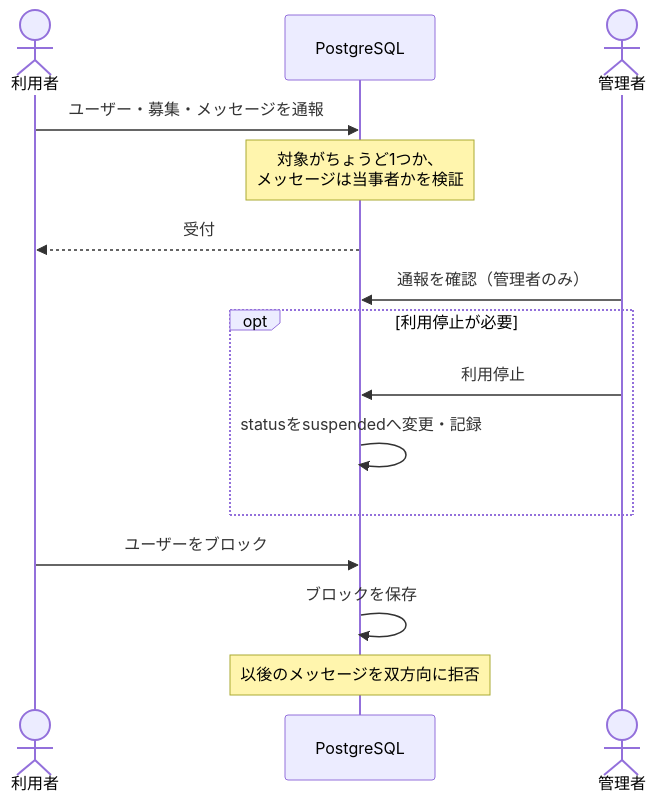
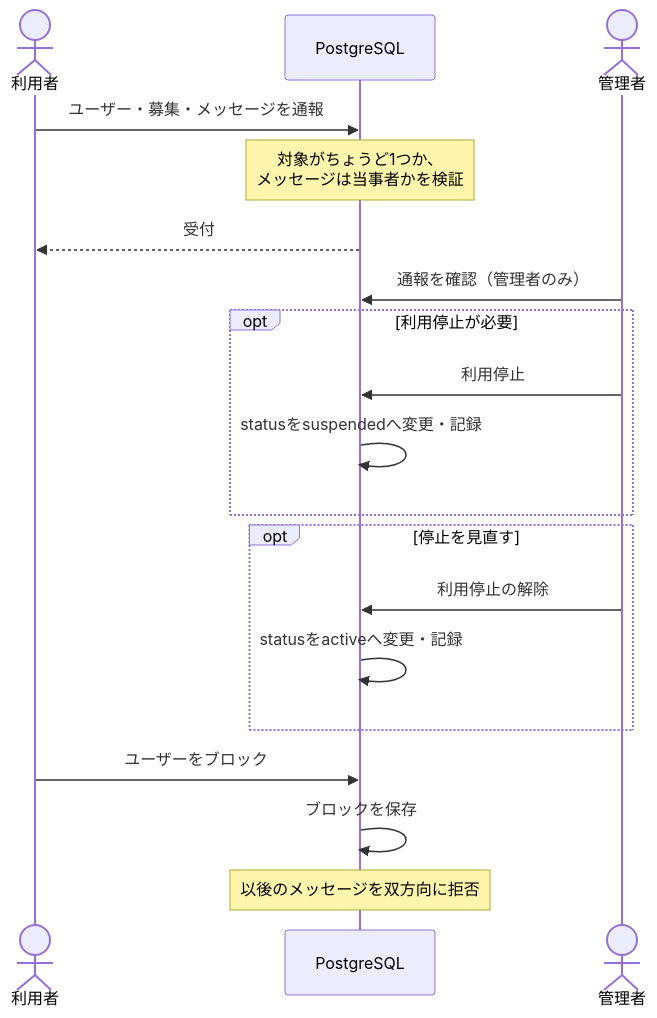
The seventh of 7 diagrams in docs/07_システムアーキテクチャ.md (sysnovastudio-byte/nagoya-volleyball-matching), drawn with Mermaid before and after one commit. The commit also changed other lines of this file and 7 other files, not shown here.

````diff
--- a/docs/07_システムアーキテクチャ.md
+++ b/docs/07_システムアーキテクチャ.md
@@ -172,17 +173,21 @@
 ```mermaid
 sequenceDiagram
     actor U as 利用者
     participant D as PostgreSQL
     actor A as 管理者
     U->>D: ユーザー・募集・メッセージを通報
     Note over D: 対象がちょうど1つか、<br/>メッセージは当事者かを検証
     D-->>U: 受付
     A->>D: 通報を確認（管理者のみ）
     opt 利用停止が必要
         A->>D: 利用停止
         D->>D: statusをsuspendedへ変更・記録
     end
+    opt 停止を見直す
+        A->>D: 利用停止の解除
+        D->>D: statusをactiveへ変更・記録
+    end
     U->>D: ユーザーをブロック
     D->>D: ブロックを保存
     Note over D: 以後のメッセージを双方向に拒否
 ```
````
